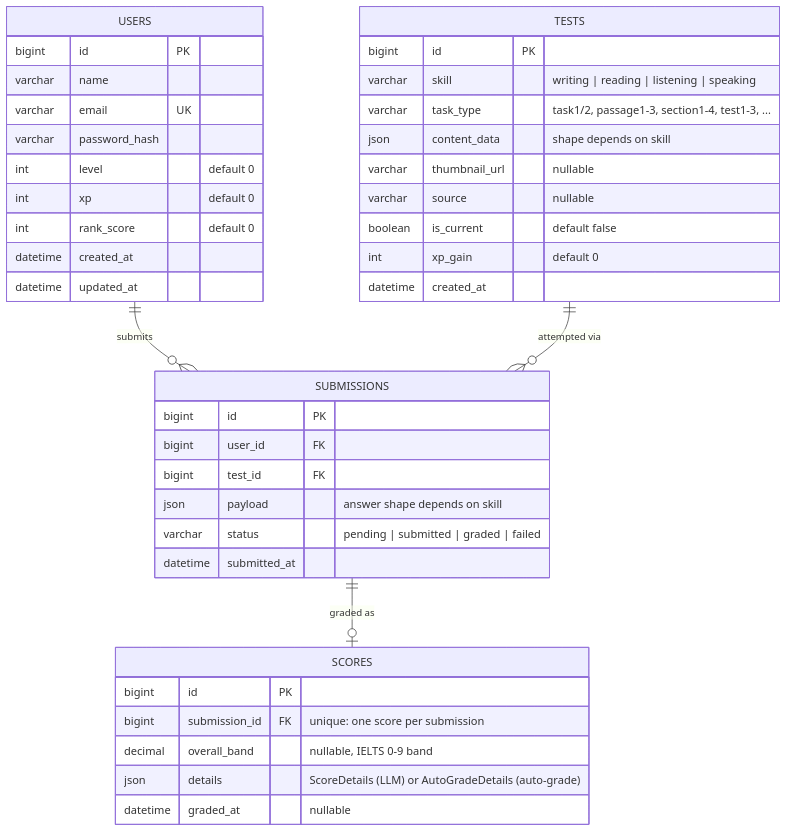
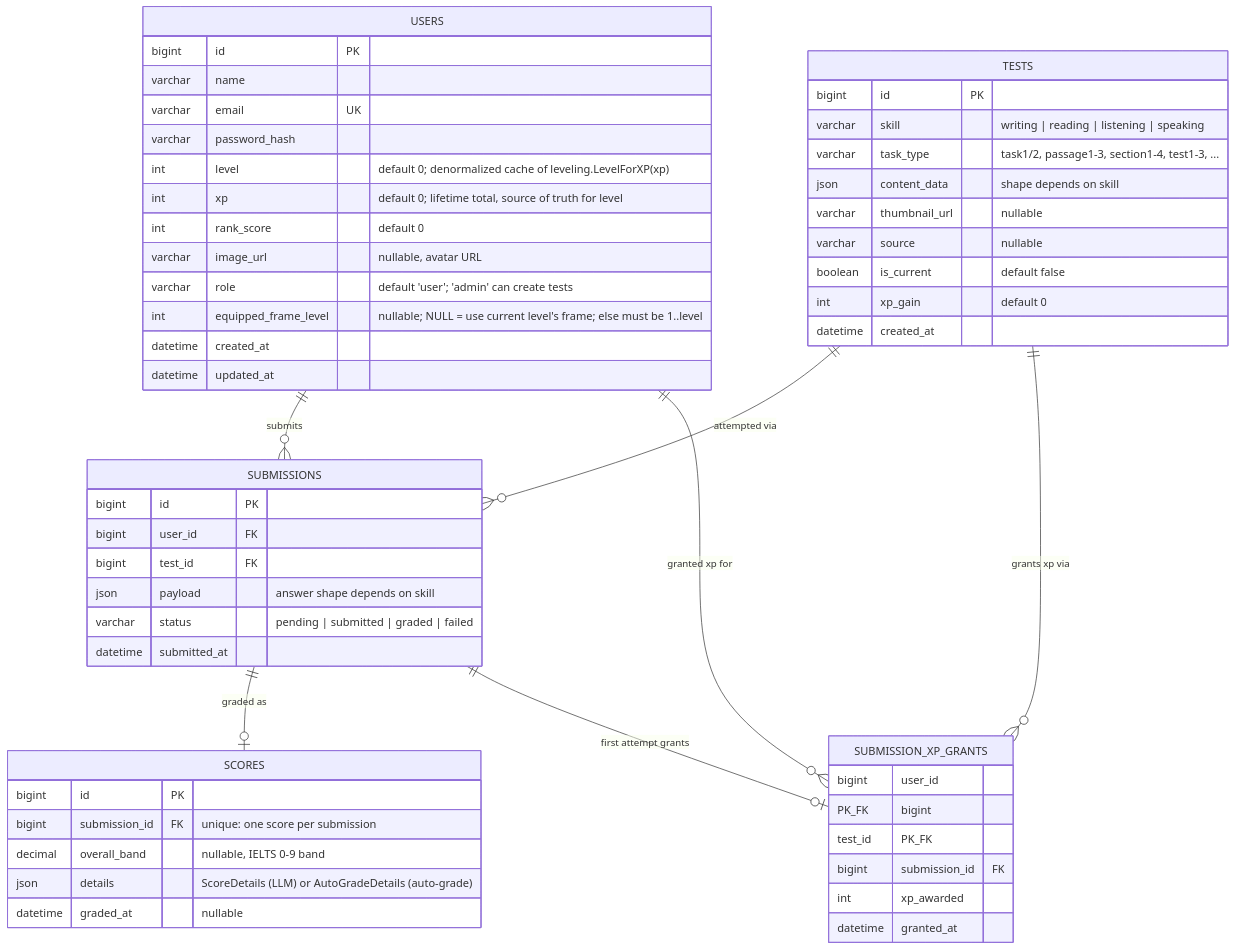
Before and after one commit to DoanCongPho/ielts-arena: the diagram in docs/data_schema.md, drawn with Mermaid. The commit also changed other lines of this file and 376 other files, not shown here.

````diff
--- a/docs/data_schema.md
+++ b/docs/data_schema.md
@@ -5,47 +5,61 @@
 ```mermaid
 erDiagram
     USERS ||--o{ SUBMISSIONS : submits
     TESTS ||--o{ SUBMISSIONS : "attempted via"
     SUBMISSIONS ||--o| SCORES : "graded as"
+    USERS ||--o{ SUBMISSION_XP_GRANTS : "granted xp for"
+    TESTS ||--o{ SUBMISSION_XP_GRANTS : "grants xp via"
+    SUBMISSIONS ||--o| SUBMISSION_XP_GRANTS : "first attempt grants"
 
     USERS {
         bigint id PK
         varchar name
         varchar email UK
         varchar password_hash
-        int level "default 0"
-        int xp "default 0"
+        int level "default 0; denormalized cache of leveling.LevelForXP(xp)"
+        int xp "default 0; lifetime total, source of truth for level"
         int rank_score "default 0"
+        varchar image_url "nullable, avatar URL"
+        varchar role "default 'user'; 'admin' can create tests"
+        int equipped_frame_level "nullable; NULL = use current level's frame; else must be 1..level"
         datetime created_at
         datetime updated_at
+    }
+
+    SUBMISSION_XP_GRANTS {
+        bigint user_id PK_FK
+        bigint test_id PK_FK
+        bigint submission_id FK
+        int xp_awarded
+        datetime granted_at
     }
 
     TESTS {
         bigint id PK
         varchar skill "writing | reading | listening | speaking"
         varchar task_type "task1/2, passage1-3, section1-4, test1-3, ..."
         json content_data "shape depends on skill"
         varchar thumbnail_url "nullable"
         varchar source "nullable"
         boolean is_current "default false"
         int xp_gain "default 0"
         datetime created_at
     }
 
     SUBMISSIONS {
         bigint id PK
         bigint user_id FK
         bigint test_id FK
         json payload "answer shape depends on skill"
         varchar status "pending | submitted | graded | failed"
         datetime submitted_at
     }
 
     SCORES {
         bigint id PK
         bigint submission_id FK "unique: one score per submission"
         decimal overall_band "nullable, IELTS 0-9 band"
         json details "ScoreDetails (LLM) or AutoGradeDetails (auto-grade)"
         datetime graded_at "nullable"
     }
 ```
````
